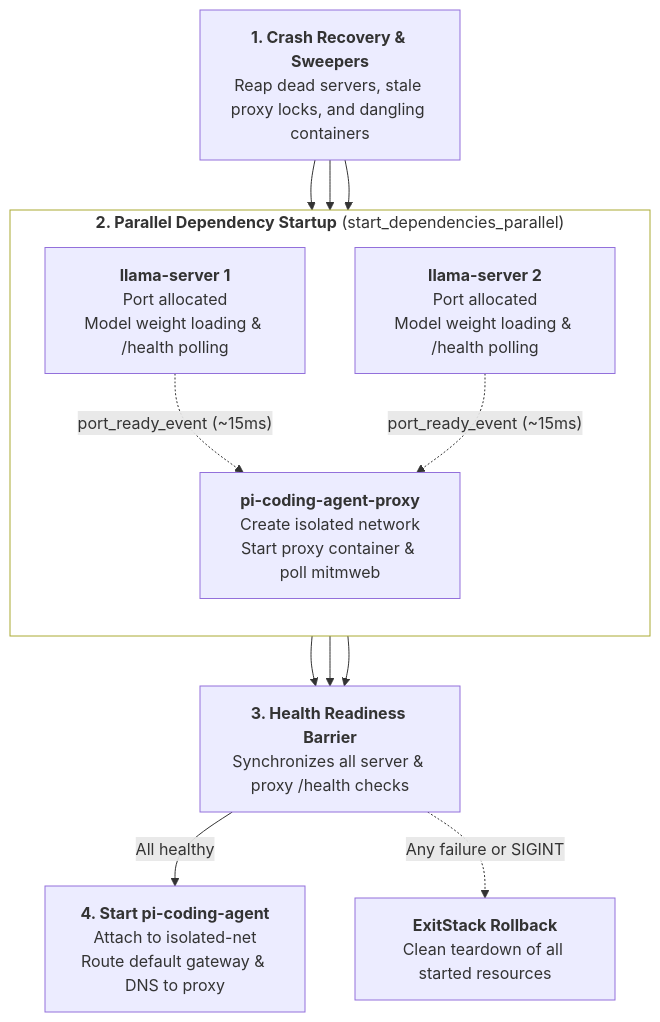
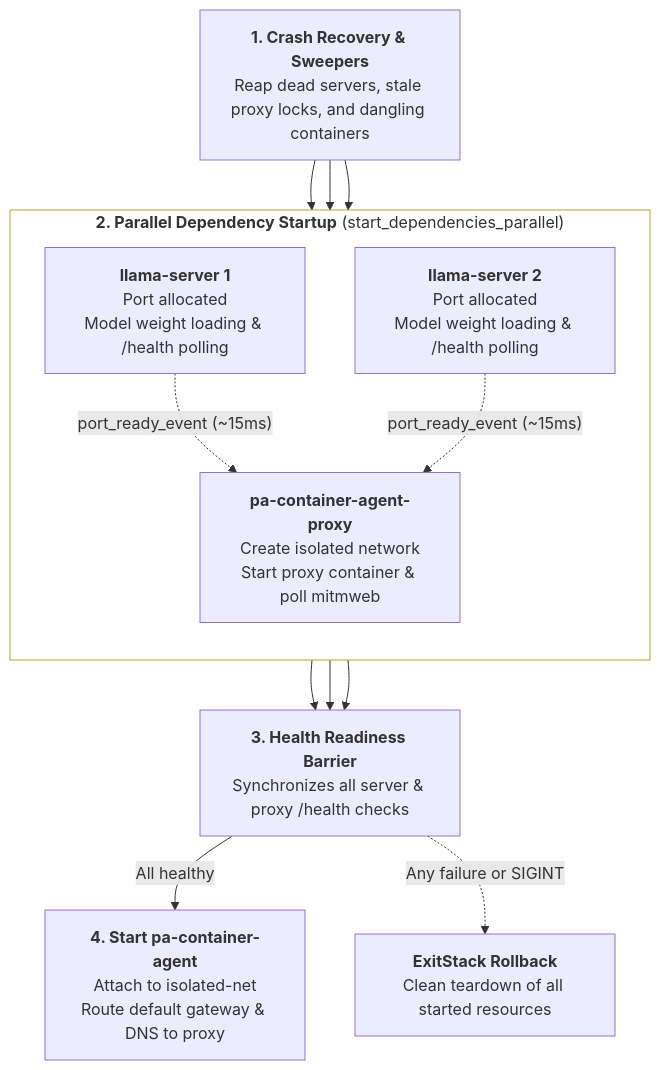
The second of 2 diagrams in docs/architecture.md (mikkovihonen/pa-container), drawn with Mermaid before and after one commit. The commit also changed other lines of this file and 139 other files, not shown here.

````diff
--- a/docs/architecture.md
+++ b/docs/architecture.md
@@ -72,26 +72,26 @@
 ```mermaid
 flowchart TB
     Sweep["<b>1. Crash Recovery & Sweepers</b><br/>Reap dead servers, stale proxy locks, and dangling containers"]
 
     Sweep --> S1
     Sweep --> S2
     Sweep --> Proxy
 
     subgraph Parallel["<b>2. Parallel Dependency Startup</b> (start_dependencies_parallel)"]
         direction TB
         S1["<b>llama-server 1</b><br/>Port allocated<br/>Model weight loading & /health polling"]
         S2["<b>llama-server 2</b><br/>Port allocated<br/>Model weight loading & /health polling"]
-        Proxy["<b>pi-coding-agent-proxy</b><br/>Create isolated network<br/>Start proxy container & poll mitmweb"]
+        Proxy["<b>pa-container-agent-proxy</b><br/>Create isolated network<br/>Start proxy container & poll mitmweb"]
     end
     style Parallel fill:none,text-align:left
 
     S1 -.->|"port_ready_event (~15ms)"| Proxy
     S2 -.->|"port_ready_event (~15ms)"| Proxy
 
     S1 --> Barrier["<b>3. Health Readiness Barrier</b><br/>Synchronizes all server & proxy /health checks"]
     S2 --> Barrier
     Proxy --> Barrier
 
-    Barrier -->|All healthy| Agent["<b>4. Start pi-coding-agent</b><br/>Attach to isolated-net<br/>Route default gateway & DNS to proxy"]
+    Barrier -->|All healthy| Agent["<b>4. Start pa-container-agent</b><br/>Attach to isolated-net<br/>Route default gateway & DNS to proxy"]
     Barrier -.->|Any failure or SIGINT| Rollback["<b>ExitStack Rollback</b><br/>Clean teardown of all started resources"]
 ```
````
